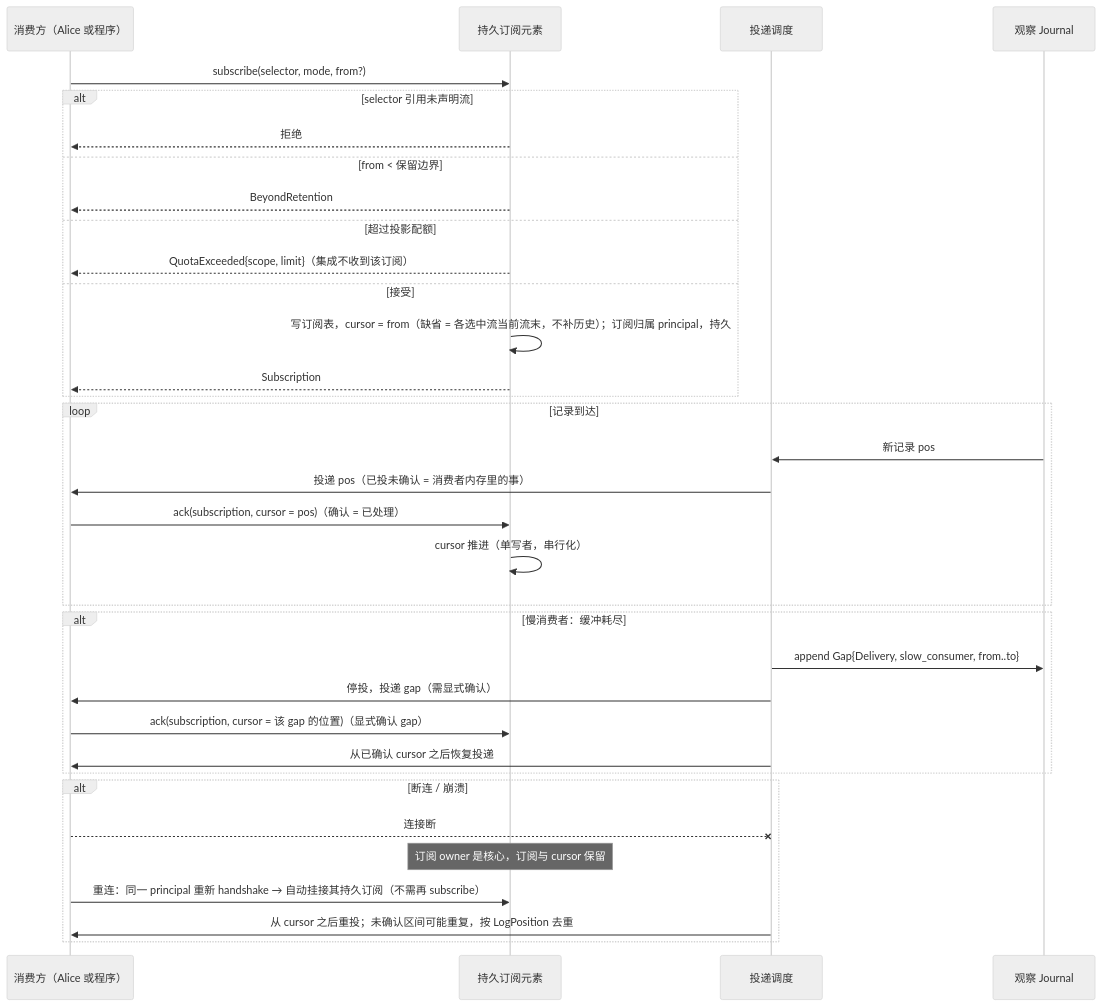
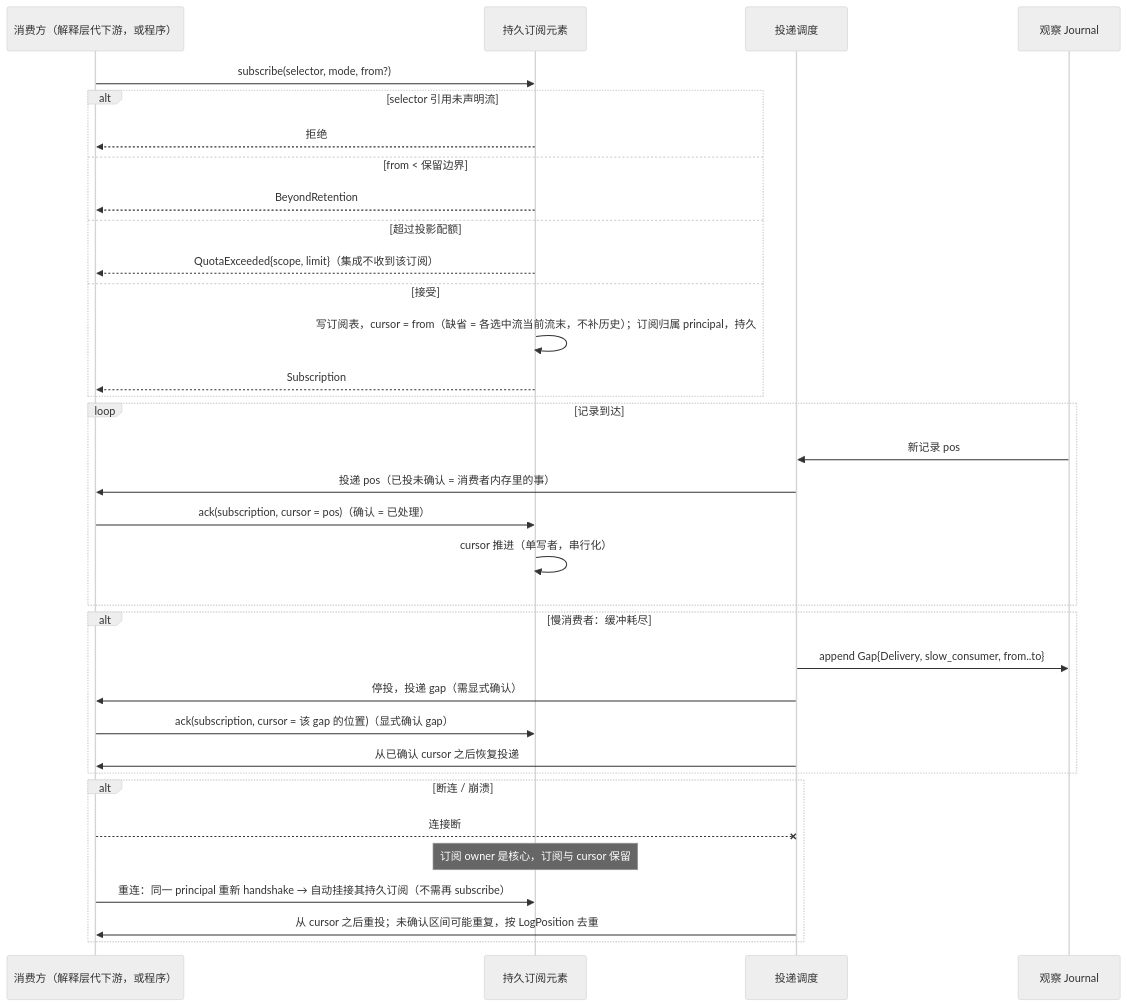
Before and after one commit to mouriya-s-lab/uta: the fourth of 5 diagrams in design/diagrams/03-observation-ingest.md, drawn with Mermaid (neutral theme). The commit also changed other lines of this file and 17 other files, not shown here.

````diff
--- a/design/diagrams/03-observation-ingest.md
+++ b/design/diagrams/03-observation-ingest.md
@@ -110,36 +110,36 @@
 ```mermaid
 sequenceDiagram
-  participant C as 消费方（Alice 或程序）
+  participant C as 消费方（解释层代下游，或程序）
   participant SUB as 持久订阅元素
   participant DL as 投递调度
   participant J as 观察 Journal
   C->>SUB: subscribe(selector, mode, from?)
   alt selector 引用未声明流
     SUB-->>C: 拒绝
   else from < 保留边界
     SUB-->>C: BeyondRetention
   else 超过投影配额
     SUB-->>C: QuotaExceeded{scope, limit}（集成不收到该订阅）
   else 接受
     SUB->>SUB: 写订阅表，cursor = from（缺省 = 各选中流当前流末，不补历史）；订阅归属 principal，持久
     SUB-->>C: Subscription
   end
   loop 记录到达
     J->>DL: 新记录 pos
     DL->>C: 投递 pos（已投未确认 = 消费者内存里的事）
     C->>SUB: ack(subscription, cursor = pos)（确认 = 已处理）
     SUB->>SUB: cursor 推进（单写者，串行化）
   end
   alt 慢消费者：缓冲耗尽
     DL->>J: append Gap{Delivery, slow_consumer, from..to}
     DL->>C: 停投，投递 gap（需显式确认）
     C->>SUB: ack(subscription, cursor = 该 gap 的位置)（显式确认 gap）
     DL->>C: 从已确认 cursor 之后恢复投递
   end
   alt 断连 / 崩溃
     C--xDL: 连接断
     Note over SUB: 订阅 owner 是核心，订阅与 cursor 保留
     C->>SUB: 重连：同一 principal 重新 handshake → 自动挂接其持久订阅（不需再 subscribe）
     DL->>C: 从 cursor 之后重投；未确认区间可能重复，按 LogPosition 去重
   end
 ```
````
